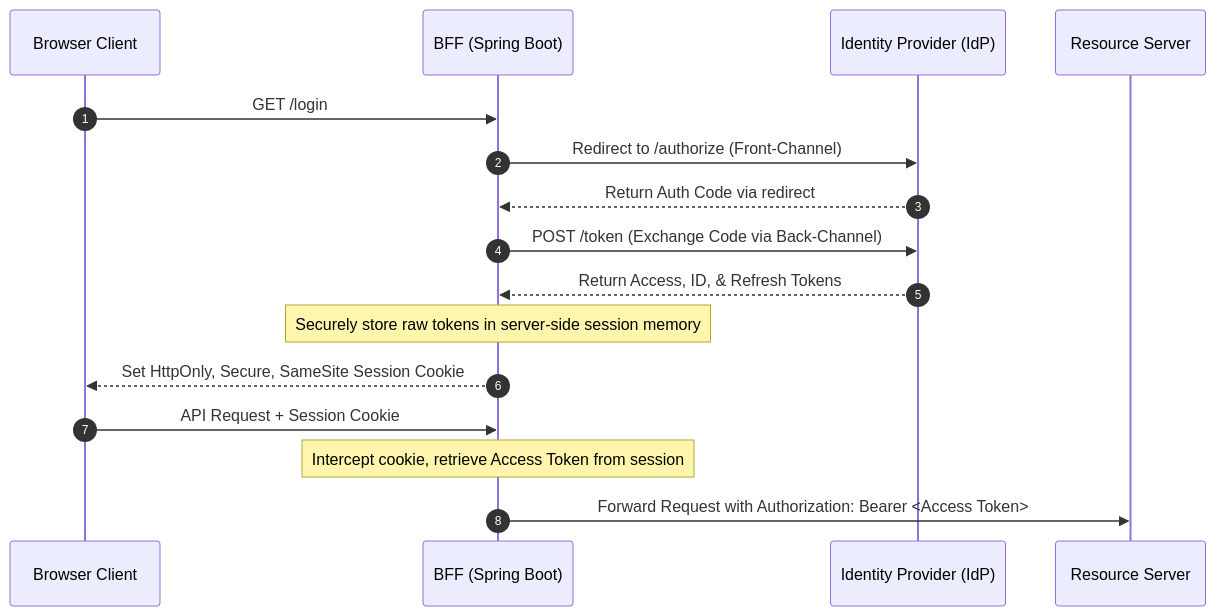
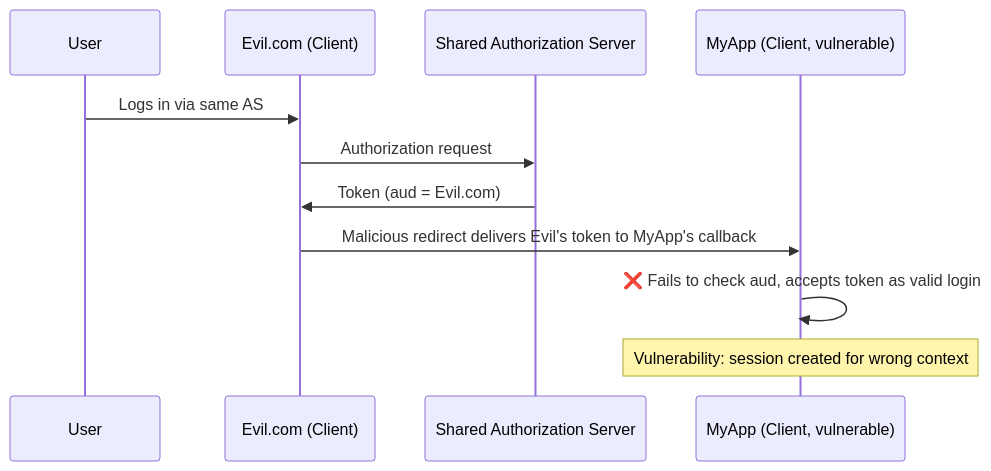
Before and after one commit to gergelyrozsonits/tech-stack-evaluations: the third of 4 diagrams in security/oauth-oicd/basics.md, drawn with Mermaid. The commit also changed other lines of this file, not shown here.

````diff
--- a/security/oauth-oicd/basics.md
+++ b/security/oauth-oicd/basics.md
@@ -71,19 +130,14 @@
 ```mermaid
 sequenceDiagram
-    autonumber
-    participant Browser as Browser Client
-    participant BFF as BFF (Spring Boot)
-    participant IdP as Identity Provider (IdP)
-    participant RS as Resource Server
+    participant U as User
+    participant Evil as Evil.com (Client)
+    participant AS as Shared Authorization Server
+    participant MyApp as MyApp (Client, vulnerable)
 
-    Browser->>BFF: GET /login
-    BFF->>IdP: Redirect to /authorize (Front-Channel)
-    IdP-->>BFF: Return Auth Code via redirect
-    BFF->>IdP: POST /token (Exchange Code via Back-Channel)
-    IdP-->>BFF: Return Access, ID, & Refresh Tokens
-    Note over BFF: Securely store raw tokens in server-side session memory
-    BFF-->>Browser: Set HttpOnly, Secure, SameSite Session Cookie
-    Browser->>BFF: API Request + Session Cookie
-    Note over BFF: Intercept cookie, retrieve Access Token from session
-    BFF->>RS: Forward Request with Authorization: Bearer <Access Token>
+    U->>Evil: Logs in via same AS
+    Evil->>AS: Authorization request
+    AS->>Evil: Token (aud = Evil.com)
+    Evil->>MyApp: Malicious redirect delivers Evil's token to MyApp's callback
+    MyApp->>MyApp: ❌ Fails to check aud, accepts token as valid login
+    Note over MyApp: Vulnerability: session created for wrong context
 ```
````
